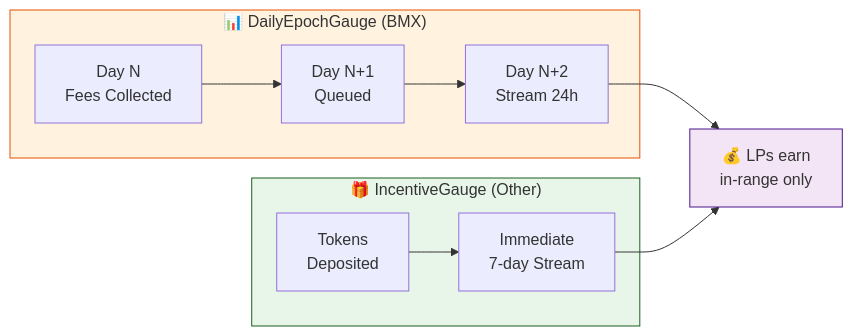
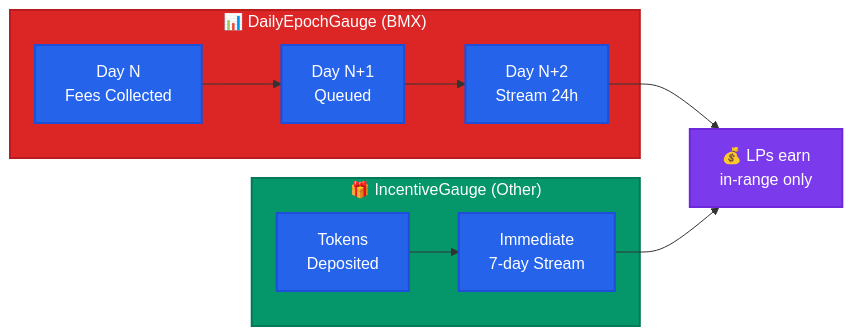
The third of 3 diagrams in README.md (morphex-labs/deli-swap-contracts), drawn with Mermaid before and after one commit. The commit also changed other lines of this file, not shown here.

Commit message:
fix: diagram colors

````diff
--- a/README.md
+++ b/README.md
@@ -329,18 +341,25 @@
 ```mermaid
 flowchart LR
     subgraph DEG["📊 DailyEpochGauge (BMX)"]
         D1[Day N<br/>Fees Collected] --> D2[Day N+1<br/>Queued]
         D2 --> D3[Day N+2<br/>Stream 24h]
     end
     
     subgraph IG["🎁 IncentiveGauge (Other)"]
         I1[Tokens<br/>Deposited] --> I2[Immediate<br/>7-day Stream]
     end
     
     D3 --> LP[💰 LPs earn<br/>in-range only]
     I2 --> LP
     
-    style DEG fill:#fff3e0,stroke:#e65100
-    style IG fill:#e8f5e9,stroke:#1b5e20
-    style LP fill:#f3e5f5,stroke:#4a148c
+    %% Define styles with good contrast
+    classDef gaugeStyle fill:#dc2626,stroke:#b91c1c,stroke-width:2px,color:#ffffff
+    classDef incentiveStyle fill:#059669,stroke:#047857,stroke-width:2px,color:#ffffff
+    classDef lpStyle fill:#7c3aed,stroke:#6d28d9,stroke-width:2px,color:#ffffff
+    classDef processStyle fill:#2563eb,stroke:#1d4ed8,stroke-width:2px,color:#ffffff
+    
+    class DEG gaugeStyle
+    class IG incentiveStyle
+    class LP lpStyle
+    class D1,D2,D3,I1,I2 processStyle
 ```
````
